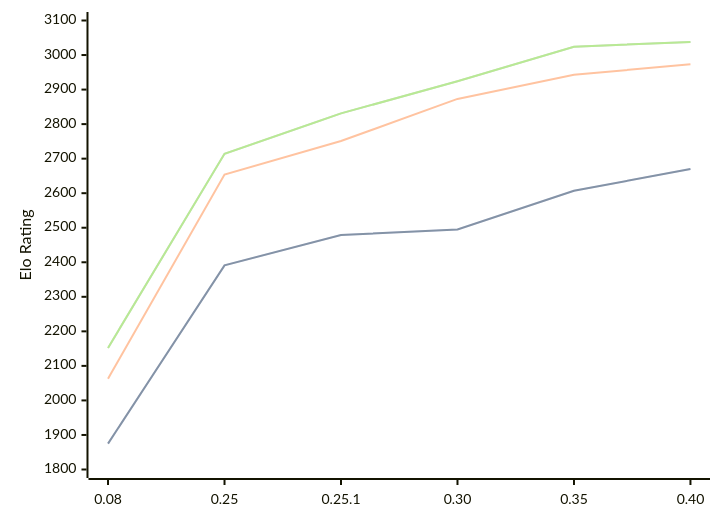
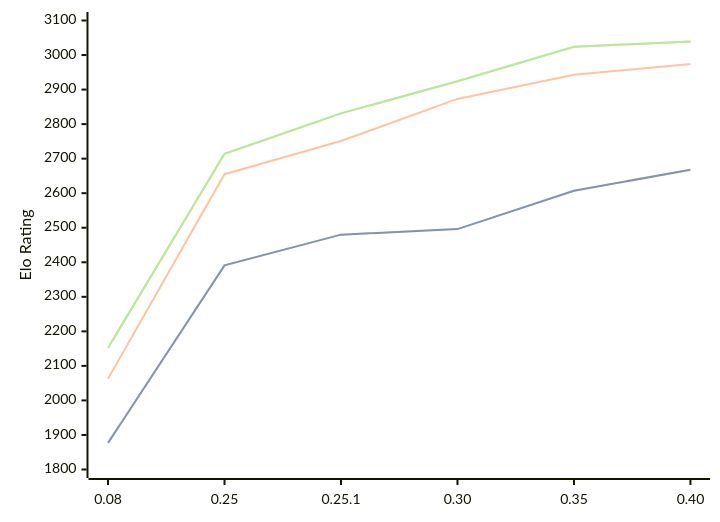
The diagram in engines/Gecko.md (computer-chess-index/cci), drawn with Mermaid before and after one commit. The commit also changed other lines of this file, not shown here.

Commit message:
Update CCI Ratings (ELO VLTC) - 2026-08-24

````diff
--- a/engines/Gecko.md
+++ b/engines/Gecko.md
@@ -36,11 +36,11 @@
 ```mermaid
 %%{init: {"theme":"base","themeVariables":{"seriesColors:['#a3a3a3','#222221','#faa371']}}}%%
 xychart-beta
   x-axis ["0.08", "0.25", "0.25.1", "0.30", "0.35", "0.40"]
   y-axis "Elo Rating" 1800 --> 3100
-  line "STC (8.0+0.08s)" [1875, 2391, 2479, 2495, 2607, 2670]
-  line "STC (8.0+0.08s)" [1875, 2391, 2479, 2495, 2607, 2670]
-  line "LTC (60.0+0.60s)" [2063, 2654, 2751, 2873, 2943, 2973]
-  line "VLTC (2m24s+1.12s)" [2152, 2714, 2831, 2924, 3024, 3038]
-  line "VLTC (2m24s+1.12s)" [2152, 2714, 2831, 2924, 3024, 3038]
+  line "STC (8.0+0.08s)" [1877, 2391, 2480, 2496, 2607, 2668]
+  line "STC (8.0+0.08s)" [1877, 2391, 2480, 2496, 2607, 2668]
+  line "LTC (60.0+0.60s)" [2063, 2655, 2751, 2873, 2943, 2974]
+  line "VLTC (2m24s+1.12s)" [2152, 2714, 2831, 2924, 3024, 3039]
+  line "VLTC (2m24s+1.12s)" [2152, 2714, 2831, 2924, 3024, 3039]
 ```
````
